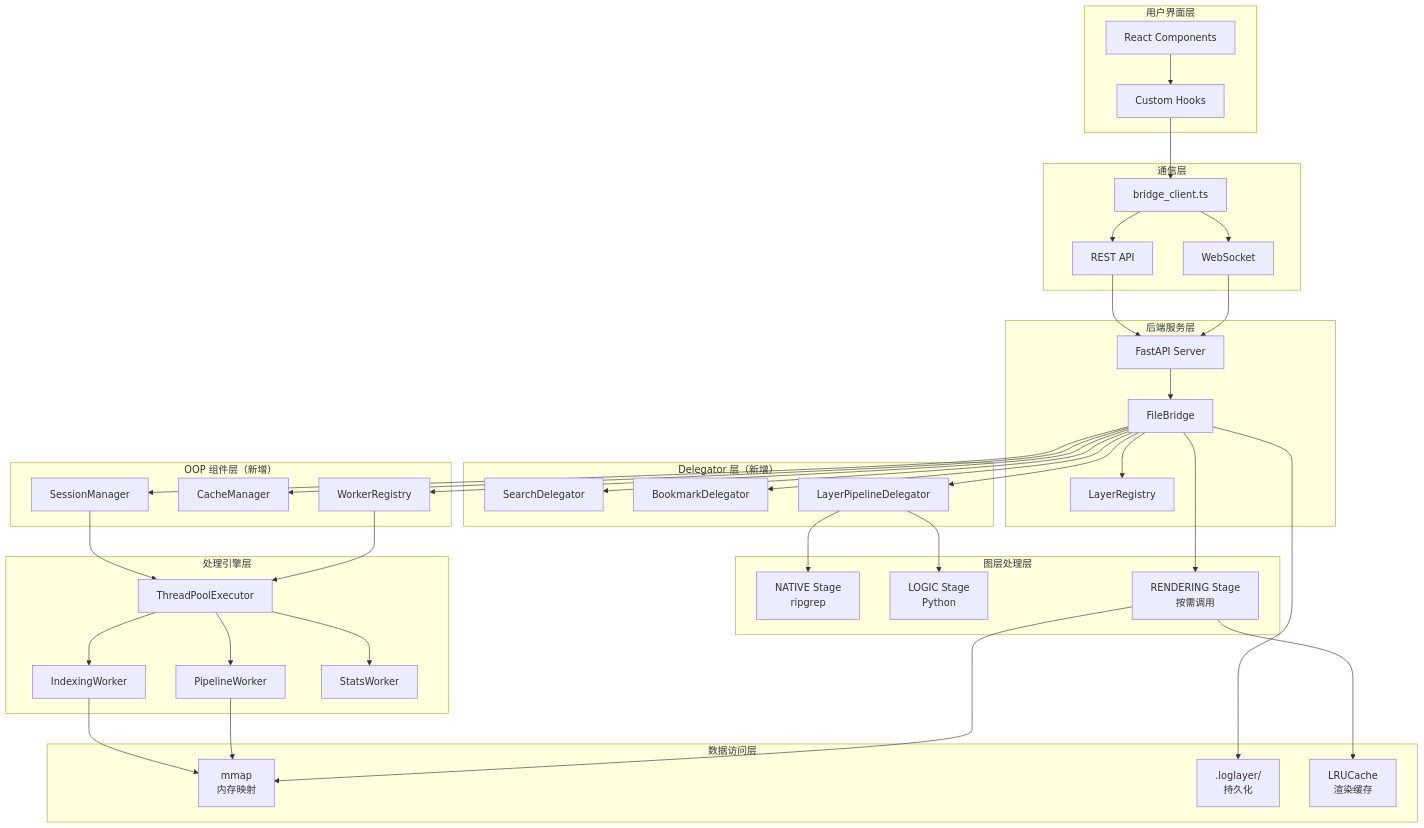
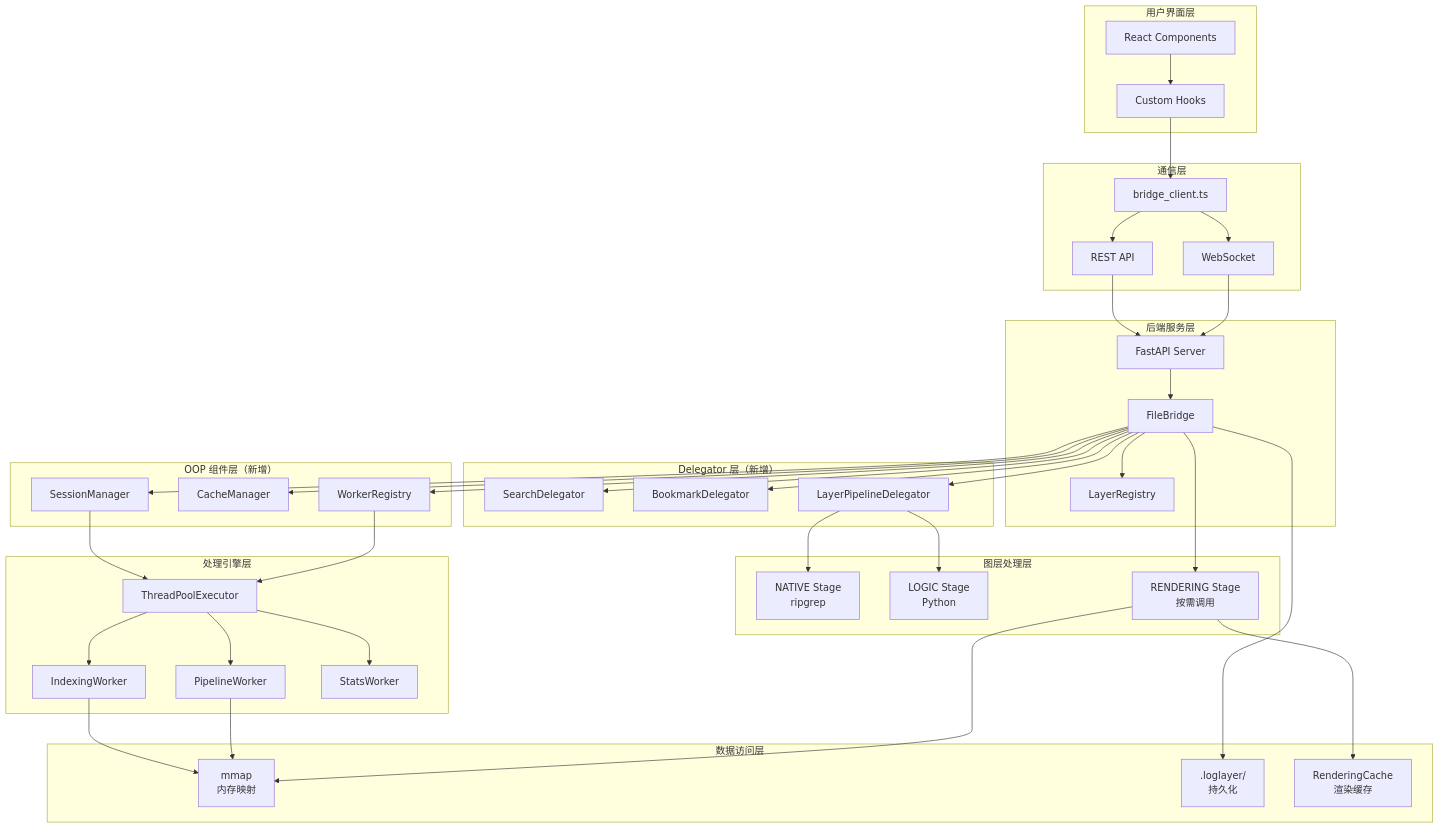
Before and after one commit to qmjianda/loglayer: diagram 27 of 27 in megatron_mermaid.md, drawn with Mermaid. The commit also changed other lines of this file and 63 other files, not shown here.

```diff
--- a/megatron_mermaid.md
+++ b/megatron_mermaid.md
@@ -1468,7 +1631,7 @@
     subgraph "数据访问层"
         MMAP[mmap<br/>内存映射]
         STORAGE[.loglayer/<br/>持久化]
-        CACHE[LRUCache<br/>渲染缓存]
+        CACHE[RenderingCache<br/>渲染缓存]
     end
     
     UI --> HOOKS
```
